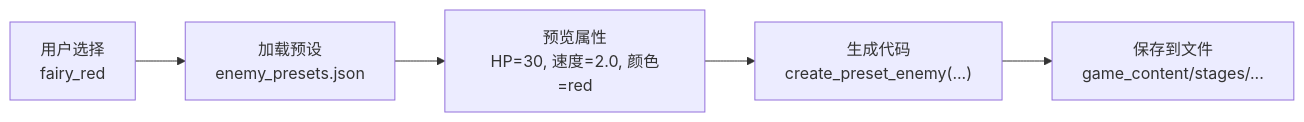
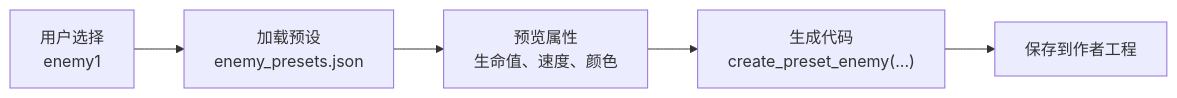
The diagram in docs/ENEMY_PRESET_SYSTEM.md (qwqpap/PythonSTG), drawn with Mermaid before and after one commit. The commit also changed other lines of this file and 29 other files, not shown here.

````diff
--- a/docs/ENEMY_PRESET_SYSTEM.md
+++ b/docs/ENEMY_PRESET_SYSTEM.md
@@ -250,7 +181,7 @@
 ```mermaid
 flowchart LR
-    choose["用户选择<br/>fairy_red"] --> load["加载预设<br/>enemy_presets.json"]
-    load --> preview["预览属性<br/>HP=30, 速度=2.0, 颜色=red"]
+    choose["用户选择<br/>enemy1"] --> load["加载预设<br/>enemy_presets.json"]
+    load --> preview["预览属性<br/>生命值、速度、颜色"]
     preview --> generate["生成代码<br/>create_preset_enemy(...)"]
-    generate --> save["保存到文件<br/>game_content/stages/..."]
+    generate --> save["保存到作者工程"]
 ```
````
